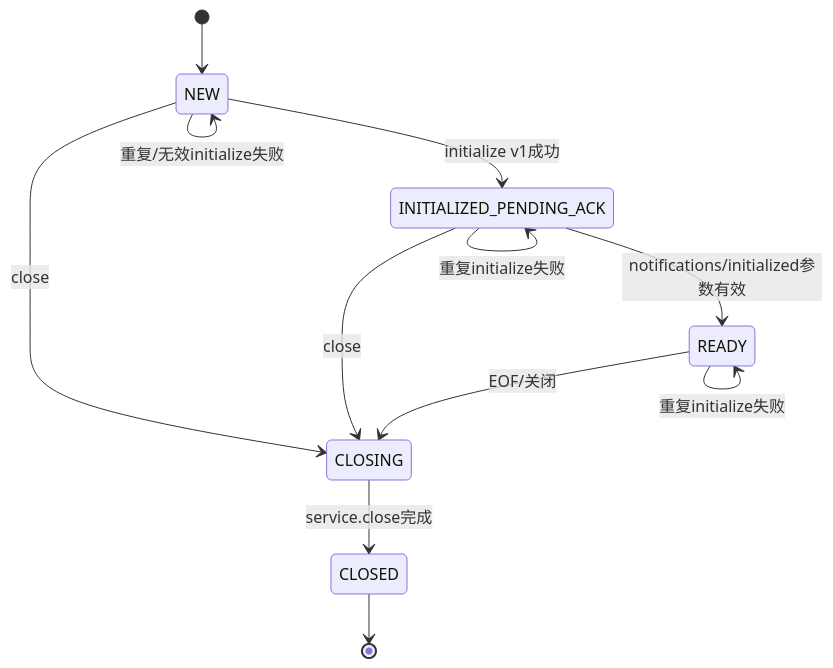
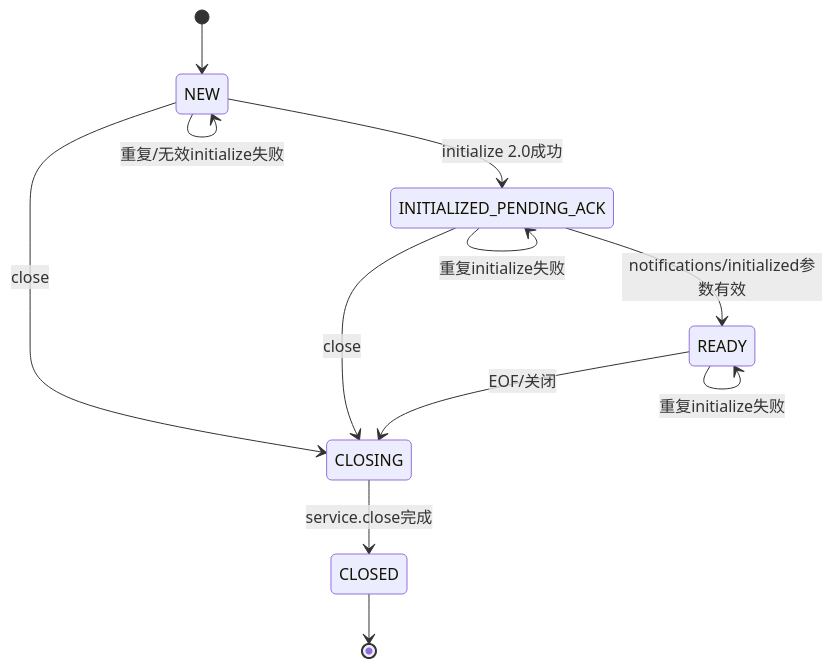
Before and after one commit to carrie1988/Harnessix: the fourth of 15 diagrams in docs/modules/protocol.md, drawn with Mermaid. The commit also changed other lines of this file and 99 other files, not shown here.

````diff
--- a/docs/modules/protocol.md
+++ b/docs/modules/protocol.md
@@ -327,17 +335,17 @@
 ```mermaid
 stateDiagram-v2
     [*] --> NEW
-    NEW --> INITIALIZED_PENDING_ACK: initialize v1成功
+    NEW --> INITIALIZED_PENDING_ACK: initialize 2.0成功
     NEW --> NEW: 非initialize Request返回not_initialized
     INITIALIZED_PENDING_ACK --> READY: notifications/initialized参数有效
     INITIALIZED_PENDING_ACK --> INITIALIZED_PENDING_ACK: 业务Request返回not_initialized
     READY --> READY: 处理业务Request或Notification
     NEW --> NEW: 重复/无效initialize失败
     INITIALIZED_PENDING_ACK --> INITIALIZED_PENDING_ACK: 重复initialize失败
     READY --> READY: 重复initialize失败
     NEW --> CLOSING: close
     INITIALIZED_PENDING_ACK --> CLOSING: close
     READY --> CLOSING: EOF/关闭
     CLOSING --> CLOSED: service.close完成
     CLOSED --> [*]
 ```
````
